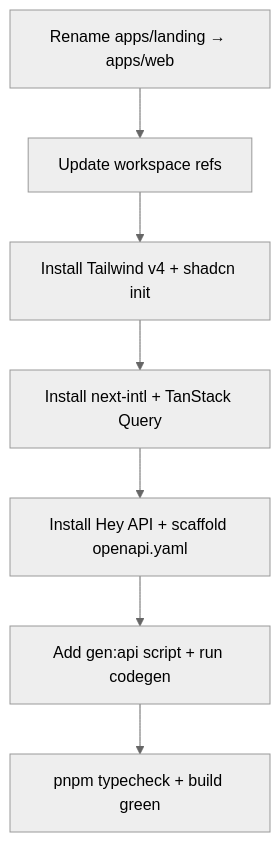
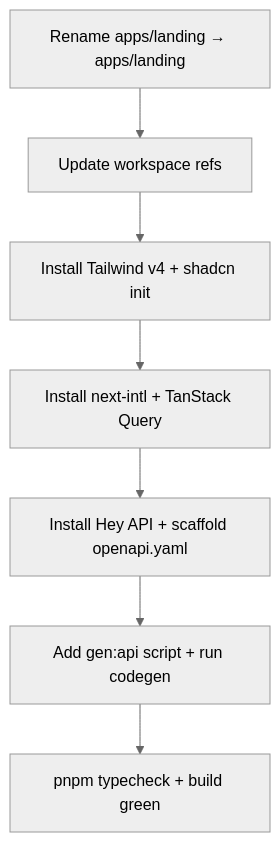
Before and after one commit to snake-dev-team/snake-backlink-forge: the diagram in plans/260426-0237-phase3-web-saas-foundation/phase-01-setup-and-deps.md, drawn with Mermaid (neutral theme). The commit also changed other lines of this file and 28 other files, not shown here.

````diff
--- a/plans/260426-0237-phase3-web-saas-foundation/phase-01-setup-and-deps.md
+++ b/plans/260426-0237-phase3-web-saas-foundation/phase-01-setup-and-deps.md
@@ -96,9 +98,9 @@
 ```mermaid
 graph TD
-  A[Rename apps/landing → apps/web] --> B[Update workspace refs]
+  A[Rename apps/landing → apps/landing] --> B[Update workspace refs]
   B --> C[Install Tailwind v4 + shadcn init]
   C --> D[Install next-intl + TanStack Query]
   D --> E[Install Hey API + scaffold openapi.yaml]
   E --> F[Add gen:api script + run codegen]
   F --> G[pnpm typecheck + build green]
 ```
````
